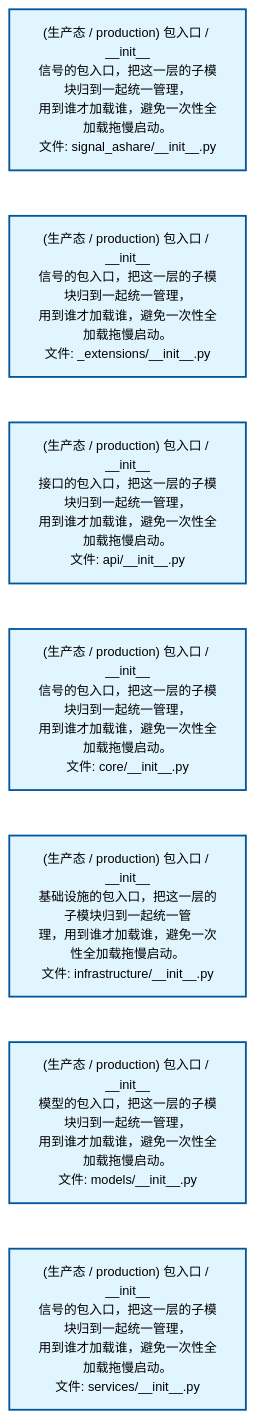
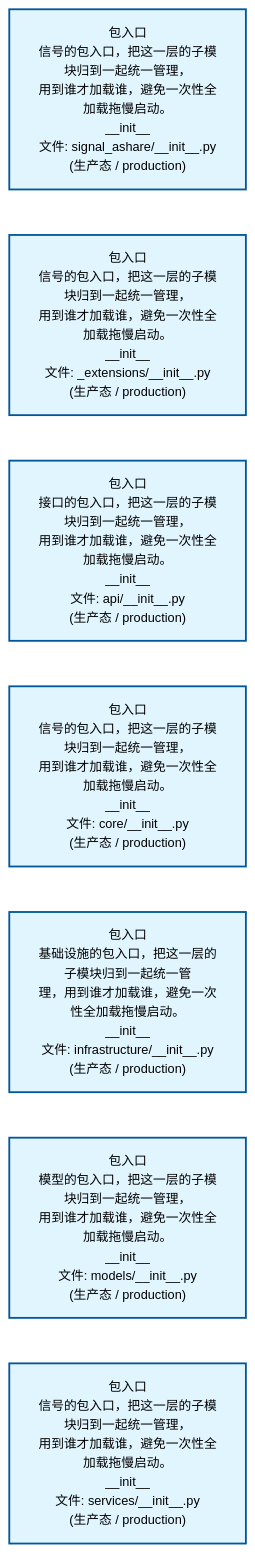
The second of 4 diagrams in docs/02_enterprise_architecture/02_domain_architecture_docs/32_d_ashare_signal.md (xuanFelixVan/ZephyrAlpha), drawn with Mermaid before and after one commit. The commit also changed other lines of this file and 62 other files, not shown here.

````diff
--- a/docs/02_enterprise_architecture/02_domain_architecture_docs/32_d_ashare_signal.md
+++ b/docs/02_enterprise_architecture/02_domain_architecture_docs/32_d_ashare_signal.md
@@ -107,22 +107,22 @@
 ```mermaid
 %%{init: {'theme': 'base', 'themeVariables': {'primaryColor': '#eaeaea', 'primaryTextColor': '#333333', 'primaryBorderColor': '#666666', 'lineColor': '#666666', 'secondaryColor': '#eaeaea', 'tertiaryColor': '#eaeaea', 'fontSize': '14px'}}}%%
 flowchart TD
-    src_zephyr_signal_ashare_init_py["(生产态 / production) 包入口 / __init__<br/>信号的包入口，把这一层的子模块归到一起统一管理，<br/>用到谁才加载谁，避免一次性全加载拖慢启动。<br/>文件: signal_ashare/__init__.py"]
-    src_zephyr_signal_ashare_extensions_init_py["(生产态 / production) 包入口 / __init__<br/>信号的包入口，把这一层的子模块归到一起统一管理，<br/>用到谁才加载谁，避免一次性全加载拖慢启动。<br/>文件: _extensions/__init__.py"]
-    src_zephyr_signal_ashare_api_init_py["(生产态 / production) 包入口 / __init__<br/>接口的包入口，把这一层的子模块归到一起统一管理，<br/>用到谁才加载谁，避免一次性全加载拖慢启动。<br/>文件: api/__init__.py"]
-    src_zephyr_signal_ashare_core_init_py["(生产态 / production) 包入口 / __init__<br/>信号的包入口，把这一层的子模块归到一起统一管理，<br/>用到谁才加载谁，避免一次性全加载拖慢启动。<br/>文件: core/__init__.py"]
-    src_zephyr_signal_ashare_infrastructure_init_py["(生产态 / production) 包入口 / __init__<br/>基础设施的包入口，把这一层的子模块归到一起统一管<br/>理，用到谁才加载谁，避免一次性全加载拖慢启动。<br/>文件: infrastructure/__init__.py"]
-    src_zephyr_signal_ashare_models_init_py["(生产态 / production) 包入口 / __init__<br/>模型的包入口，把这一层的子模块归到一起统一管理，<br/>用到谁才加载谁，避免一次性全加载拖慢启动。<br/>文件: models/__init__.py"]
-    src_zephyr_signal_ashare_services_init_py["(生产态 / production) 包入口 / __init__<br/>信号的包入口，把这一层的子模块归到一起统一管理，<br/>用到谁才加载谁，避免一次性全加载拖慢启动。<br/>文件: services/__init__.py"]
+    src_zephyr_signal_ashare_init_py["包入口<br/>信号的包入口，把这一层的子模块归到一起统一管理，<br/>用到谁才加载谁，避免一次性全加载拖慢启动。<br/>__init__<br/>文件: signal_ashare/__init__.py<br/>(生产态 / production)"]
+    src_zephyr_signal_ashare_extensions_init_py["包入口<br/>信号的包入口，把这一层的子模块归到一起统一管理，<br/>用到谁才加载谁，避免一次性全加载拖慢启动。<br/>__init__<br/>文件: _extensions/__init__.py<br/>(生产态 / production)"]
+    src_zephyr_signal_ashare_api_init_py["包入口<br/>接口的包入口，把这一层的子模块归到一起统一管理，<br/>用到谁才加载谁，避免一次性全加载拖慢启动。<br/>__init__<br/>文件: api/__init__.py<br/>(生产态 / production)"]
+    src_zephyr_signal_ashare_core_init_py["包入口<br/>信号的包入口，把这一层的子模块归到一起统一管理，<br/>用到谁才加载谁，避免一次性全加载拖慢启动。<br/>__init__<br/>文件: core/__init__.py<br/>(生产态 / production)"]
+    src_zephyr_signal_ashare_infrastructure_init_py["包入口<br/>基础设施的包入口，把这一层的子模块归到一起统一管<br/>理，用到谁才加载谁，避免一次性全加载拖慢启动。<br/>__init__<br/>文件: infrastructure/__init__.py<br/>(生产态 / production)"]
+    src_zephyr_signal_ashare_models_init_py["包入口<br/>模型的包入口，把这一层的子模块归到一起统一管理，<br/>用到谁才加载谁，避免一次性全加载拖慢启动。<br/>__init__<br/>文件: models/__init__.py<br/>(生产态 / production)"]
+    src_zephyr_signal_ashare_services_init_py["包入口<br/>信号的包入口，把这一层的子模块归到一起统一管理，<br/>用到谁才加载谁，避免一次性全加载拖慢启动。<br/>__init__<br/>文件: services/__init__.py<br/>(生产态 / production)"]
     src_zephyr_signal_ashare_init_py ~~~ src_zephyr_signal_ashare_extensions_init_py
     src_zephyr_signal_ashare_extensions_init_py ~~~ src_zephyr_signal_ashare_api_init_py
     src_zephyr_signal_ashare_api_init_py ~~~ src_zephyr_signal_ashare_core_init_py
     src_zephyr_signal_ashare_core_init_py ~~~ src_zephyr_signal_ashare_infrastructure_init_py
     src_zephyr_signal_ashare_infrastructure_init_py ~~~ src_zephyr_signal_ashare_models_init_py
     src_zephyr_signal_ashare_models_init_py ~~~ src_zephyr_signal_ashare_services_init_py
     classDef production fill:#e1f5fe,stroke:#01579b,stroke-width:2px,color:#000
     classDef design fill:#fff3e0,stroke:#e65100,stroke-width:2px,color:#000,stroke-dasharray: 5 5
     classDef external_prod fill:#e8f4fd,stroke:#0277bd,stroke-width:1px,color:#000
     classDef external_design fill:#fff8e7,stroke:#ef6c00,stroke-width:1px,color:#000,stroke-dasharray: 5 5
     class src_zephyr_signal_ashare_init_py,src_zephyr_signal_ashare_extensions_init_py,src_zephyr_signal_ashare_api_init_py,src_zephyr_signal_ashare_core_init_py,src_zephyr_signal_ashare_infrastructure_init_py,src_zephyr_signal_ashare_models_init_py,src_zephyr_signal_ashare_services_init_py production
 ```
````
